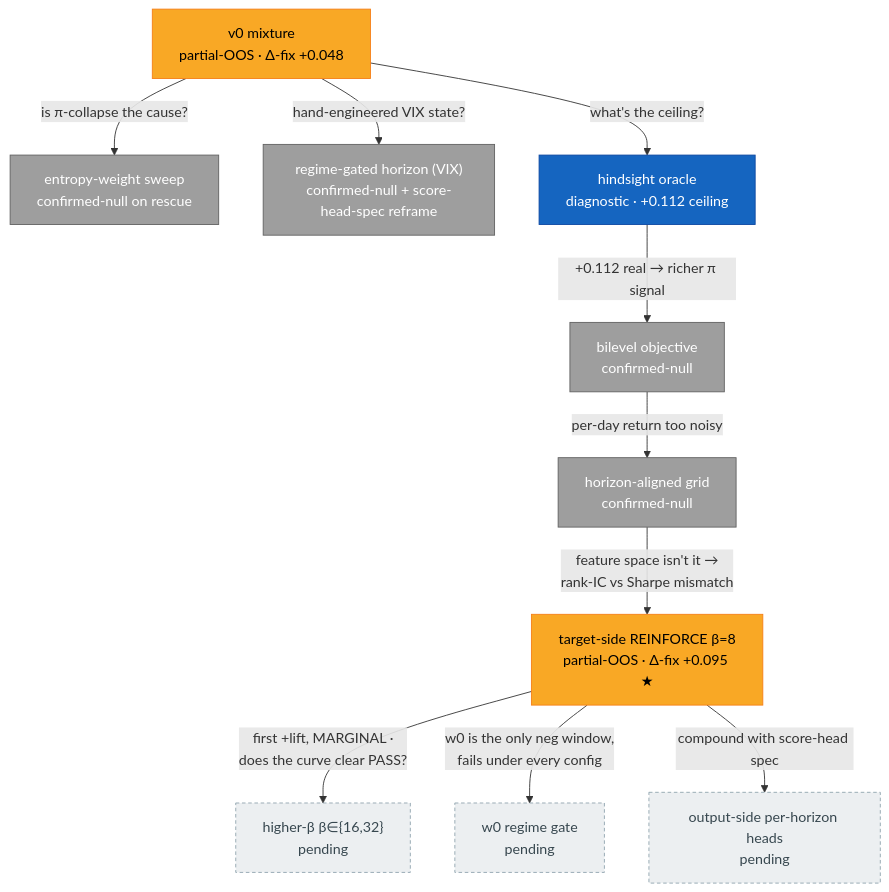
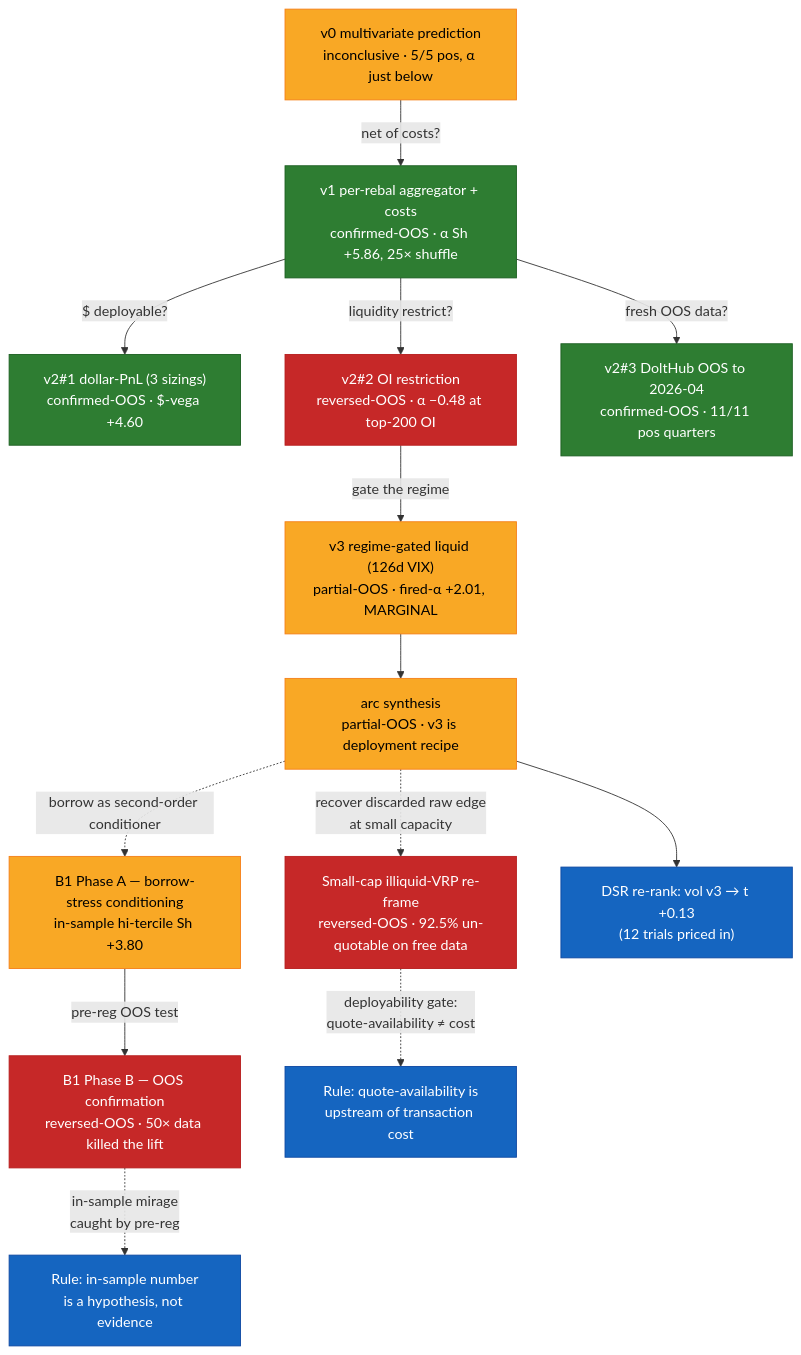
One commit to sughodke/StockSurvey changed the fifth of 12 diagrams in apps/docs/docs/map.md. Above: the diagram before and after it, drawn with Mermaid. The commit also changed other lines of this file and 52 other files, not shown here.

````diff
--- a/apps/docs/docs/map.md
+++ b/apps/docs/docs/map.md
@@ -92,30 +229,36 @@
 ```mermaid
 flowchart TD
-    v0["v0 mixture<br/>partial-OOS · Δ-fix +0.048"]:::pOOS
-    ent["entropy-weight sweep<br/>confirmed-null on rescue"]:::cnull
-    rg["regime-gated horizon (VIX)<br/>confirmed-null + score-head-spec reframe"]:::cnull
-    orc["hindsight oracle<br/>diagnostic · +0.112 ceiling"]:::diag
-    bil["bilevel objective<br/>confirmed-null"]:::cnull
-    hal["horizon-aligned grid<br/>confirmed-null"]:::cnull
-    rei["target-side REINFORCE β=8<br/>partial-OOS · Δ-fix +0.095 ★"]:::pOOS
-    nxt["higher-β β∈{16,32}<br/>pending"]:::pend
-    wog["w0 regime gate<br/>pending"]:::pend
-    osr["output-side per-horizon heads<br/>pending"]:::pend
+    v0["v0 multivariate prediction<br/>inconclusive · 5/5 pos, α just below"]:::pOOS
+    v1["v1 per-rebal aggregator + costs<br/>confirmed-OOS · α Sh +5.86, 25× shuffle"]:::cOOS
+    v2a["v2#1 dollar-PnL (3 sizings)<br/>confirmed-OOS · $-vega +4.60"]:::cOOS
+    v2b["v2#2 OI restriction<br/>reversed-OOS · α −0.48 at top-200 OI"]:::rOOS
+    v2c["v2#3 DoltHub OOS to 2026-04<br/>confirmed-OOS · 11/11 pos quarters"]:::cOOS
+    v3["v3 regime-gated liquid (126d VIX)<br/>partial-OOS · fired-α +2.01, MARGINAL"]:::pOOS
+    syn["arc synthesis<br/>partial-OOS · v3 is deployment recipe"]:::pOOS
+    bvrp["Small-cap illiquid-VRP re-frame<br/>reversed-OOS · 92.5% un-quotable on free data"]:::rOOS
+    b1a["B1 Phase A — borrow-stress conditioning<br/>in-sample hi-tercile Sh +3.80"]:::pOOS
+    b1b["B1 Phase B — OOS confirmation<br/>reversed-OOS · 50× data killed the lift"]:::rOOS
+    dsrv["DSR re-rank: vol v3 → t +0.13<br/>(12 trials priced in)"]:::diag
 
-    v0 -->|"is π-collapse the cause?"| ent
-    v0 -->|"hand-engineered VIX state?"| rg
-    v0 -->|"what's the ceiling?"| orc
-    orc -->|"+0.112 real → richer π signal"| bil
-    bil -->|"per-day return too noisy"| hal
-    hal -->|"feature space isn't it →<br/>rank-IC vs Sharpe mismatch"| rei
-    rei -->|"first +lift, MARGINAL ·<br/>does the curve clear PASS?"| nxt
-    rei -->|"w0 is the only neg window,<br/>fails under every config"| wog
-    rei -->|"compound with score-head spec"| osr
+    v0 -->|"net of costs?"| v1
+    v1 -->|"$ deployable?"| v2a
+    v1 -->|"liquidity restrict?"| v2b
+    v1 -->|"fresh OOS data?"| v2c
+    v2b -->|"gate the regime"| v3
+    v3 --> syn
+    syn -.->|"recover discarded raw edge<br/>at small capacity"| bvrp
+    bvrp -.->|"deployability gate:<br/>quote-availability ≠ cost"| rule1["Rule: quote-availability is<br/>upstream of transaction cost"]:::diag
+    syn -.->|"borrow as second-order conditioner"| b1a
+    b1a -->|"pre-reg OOS test"| b1b
+    b1b -.->|"in-sample mirage<br/>caught by pre-reg"| rule2["Rule: in-sample number<br/>is a hypothesis, not evidence"]:::diag
+    syn --> dsrv
+
+    click bvrp "../findings/vol-borrow-illiquid-vrp-falsified.md"
+    click b1b "../findings/vol-borrow-liquid-universe.md"
+    click dsrv "../findings/deflated-sharpe-leaderboard.md"
 
     classDef cOOS fill:#2e7d32,stroke:#1b5e20,color:#fff
     classDef pOOS fill:#f9a825,stroke:#f57f17,color:#000
     classDef rOOS fill:#c62828,stroke:#b71c1c,color:#fff
-    classDef cnull fill:#9e9e9e,stroke:#616161,color:#fff
     classDef diag fill:#1565c0,stroke:#0d47a1,color:#fff
-    classDef pend fill:#eceff1,stroke:#90a4ae,color:#37474f,stroke-dasharray:4 3
 ```
````
